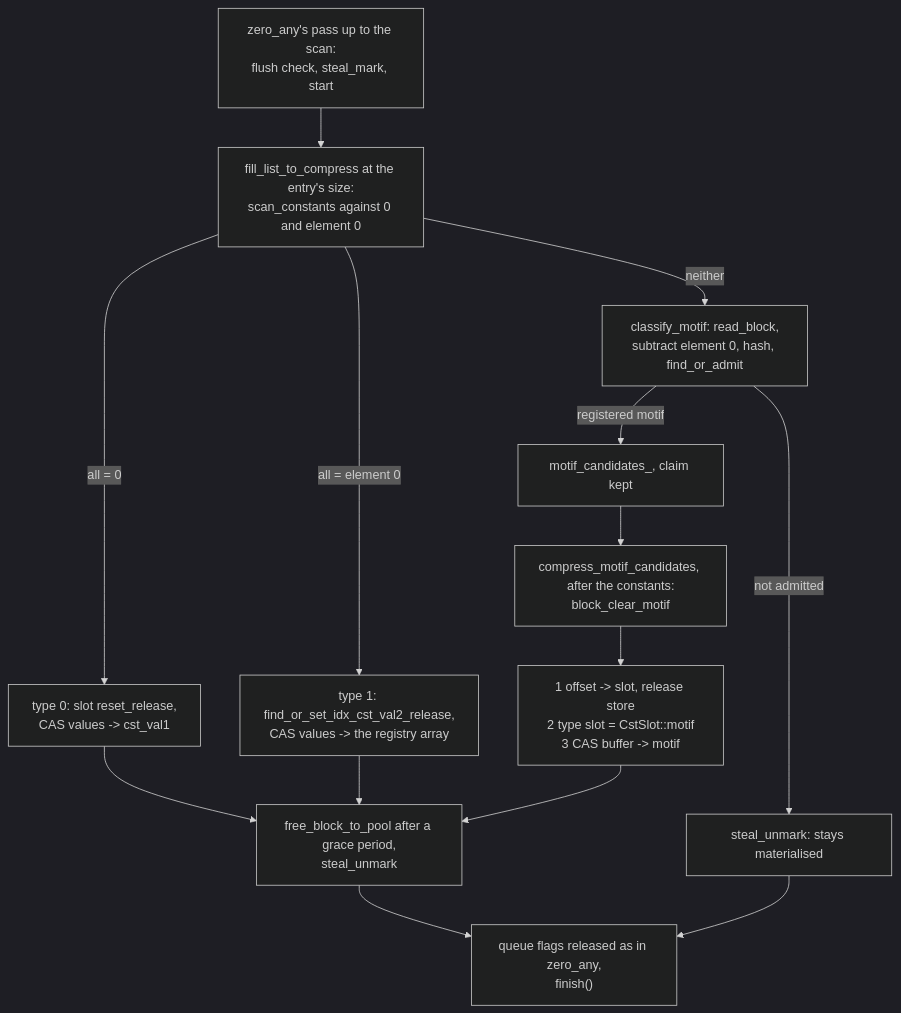
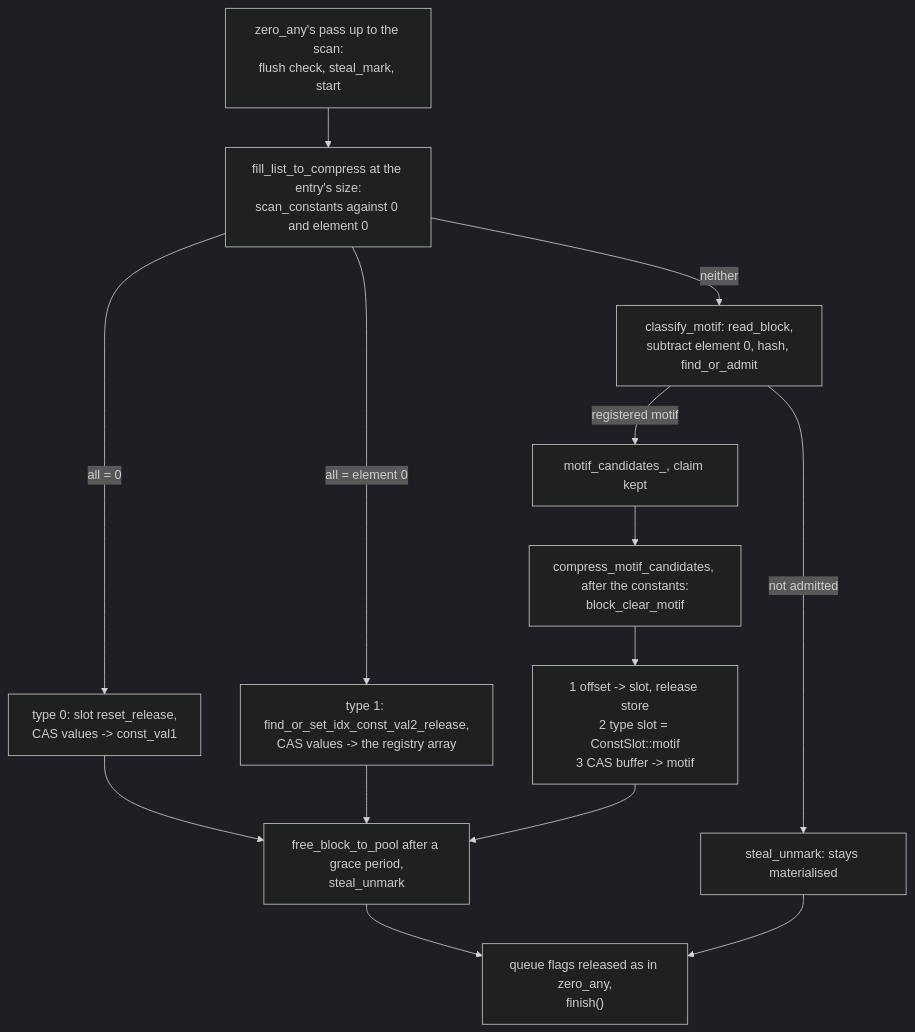
Before and after one commit to cea-hpc/shrink-array: the first of 2 diagrams in docs/algo_pattern.md, drawn with Mermaid (dark theme). The commit also changed other lines of this file and 108 other files, not shown here.

First line of the commit message:
French names in English (4/4): cst (constante) is const

````diff
--- a/docs/algo_pattern.md
+++ b/docs/algo_pattern.md
@@ -118,16 +118,16 @@
 ```mermaid
 flowchart TD
     A["zero_any's pass up to the scan:<br/>flush check, steal_mark, start"] --> E["fill_list_to_compress at the entry's size:<br/>scan_constants against 0 and element 0"]
-    E -->|"all = 0"| F["type 0: slot reset_release,<br/>CAS values -> cst_val1"]
-    E -->|"all = element 0"| G["type 1: find_or_set_idx_cst_val2_release,<br/>CAS values -> the registry array"]
+    E -->|"all = 0"| F["type 0: slot reset_release,<br/>CAS values -> const_val1"]
+    E -->|"all = element 0"| G["type 1: find_or_set_idx_const_val2_release,<br/>CAS values -> the registry array"]
     E -->|"neither"| M["classify_motif: read_block,<br/>subtract element 0, hash, find_or_admit"]
     M -->|"registered motif"| MC["motif_candidates_, claim kept"]
     M -->|"not admitted"| N["steal_unmark: stays materialised"]
     MC --> O["compress_motif_candidates, after the constants:<br/>block_clear_motif"]
-    O --> O1["1 offset -> slot, release store<br/>2 type slot = CstSlot::motif<br/>3 CAS buffer -> motif"]
+    O --> O1["1 offset -> slot, release store<br/>2 type slot = ConstSlot::motif<br/>3 CAS buffer -> motif"]
     F --> R["free_block_to_pool after a grace period,<br/>steal_unmark"]
     G --> R
     O1 --> R
     R --> K["queue flags released as in zero_any,<br/>finish()"]
     N --> K
 ```
````
